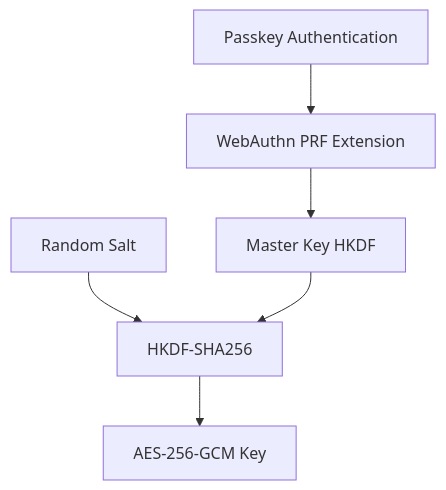
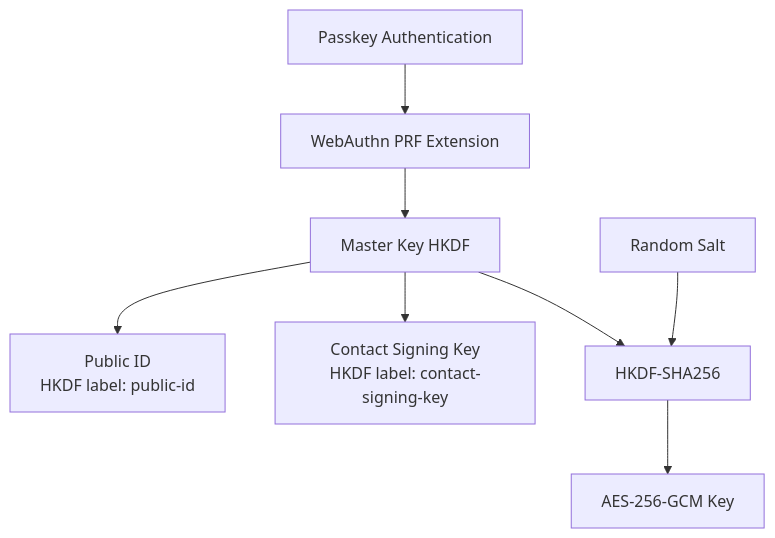
The fifth of 9 diagrams in docs/ARCHITECTURE.md (andrewtheguy/secure-send-web), drawn with Mermaid before and after one commit. The commit also changed other lines of this file and 5 other files, not shown here.

Commit message:
feat: derive contact signing key pair from passkey master key

````diff
--- a/docs/ARCHITECTURE.md
+++ b/docs/ARCHITECTURE.md
@@ -258,8 +258,10 @@
 ```mermaid
 flowchart TD
     Passkey[Passkey Authentication] --> PRF[WebAuthn PRF Extension]
     PRF --> MasterKey[Master Key HKDF]
+    MasterKey --> PublicId[Public ID<br/>HKDF label: public-id]
+    MasterKey --> ContactKey[Contact Signing Key<br/>HKDF label: contact-signing-key]
     Salt[Random Salt] --> HKDF[HKDF-SHA256]
     MasterKey --> HKDF
     HKDF --> AESKey[AES-256-GCM Key]
 ```
````
